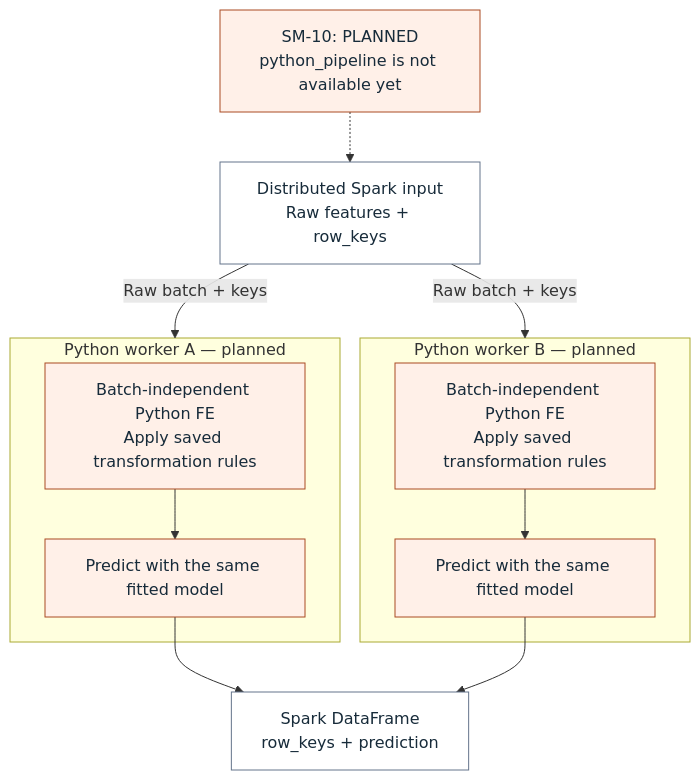
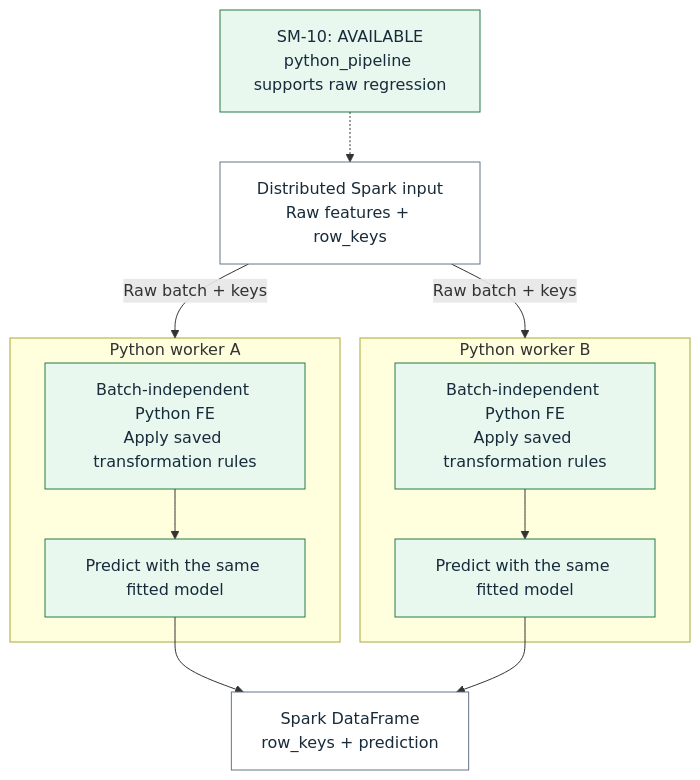
One commit to flyingriverhorse/Skyulf changed the diagram in docs/assets/diagrams/inference/spark_python_planned.mmd. Above: the diagram before and after it, drawn with Mermaid. The commit also changed 8 other files, not shown here.

Commit message:
docs: mark SM-10 worker inference available

```diff
--- a/docs/assets/diagrams/inference/spark_python_planned.mmd
+++ b/docs/assets/diagrams/inference/spark_python_planned.mmd
@@ -1,23 +1,23 @@
 flowchart TD
-    accTitle: Planned Python FE and model inference inside Spark workers
-    accDescr: SM-10 is not implemented. The planned path distributes raw batches and applies fitted Python FE and the model inside each worker.
-    status["SM-10: PLANNED<br/>python_pipeline is not available yet"]:::future
+    accTitle: Python FE and model inference inside Spark workers
+    accDescr: SM-10 distributes raw batches and applies fitted Python FE and the model inside each worker.
+    status["SM-10: AVAILABLE<br/>python_pipeline supports raw regression"]:::available
     raw["Distributed Spark input<br/>Raw features + row_keys"]:::plain
-    subgraph wa["Python worker A — planned"]
-        fea["Batch-independent Python FE<br/>Apply saved transformation rules"]:::future
-        ma["Predict with the same fitted model"]:::future
+    subgraph wa["Python worker A"]
+        fea["Batch-independent Python FE<br/>Apply saved transformation rules"]:::available
+        ma["Predict with the same fitted model"]:::available
         fea --> ma
     end
-    subgraph wb["Python worker B — planned"]
-        feb["Batch-independent Python FE<br/>Apply saved transformation rules"]:::future
-        mb["Predict with the same fitted model"]:::future
+    subgraph wb["Python worker B"]
+        feb["Batch-independent Python FE<br/>Apply saved transformation rules"]:::available
+        mb["Predict with the same fitted model"]:::available
         feb --> mb
     end
     result["Spark DataFrame<br/>row_keys + prediction"]:::plain
     status -.-> raw
     raw -->|"Raw batch + keys"| wa
     raw -->|"Raw batch + keys"| wb
     ma --> result
     mb --> result
     classDef plain fill:#ffffff,stroke:#64748b,color:#172b3a
-    classDef future fill:#fff0e8,stroke:#aa4b23,color:#172b3a
+    classDef available fill:#e9f8ef,stroke:#267a45,color:#172b3a
```
